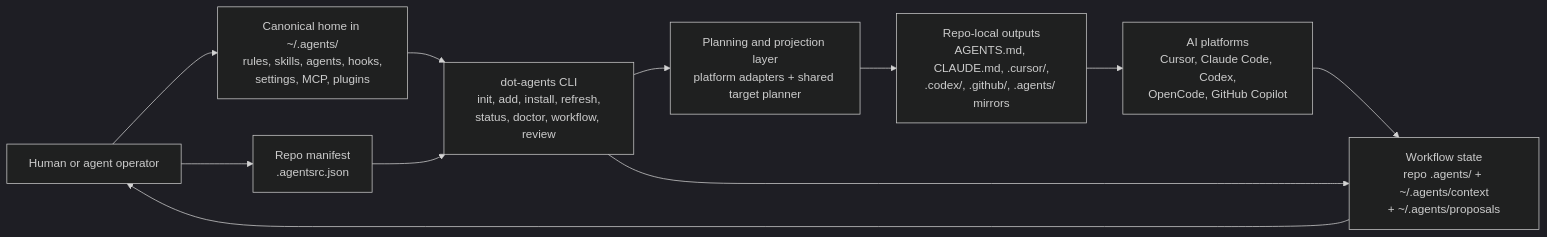
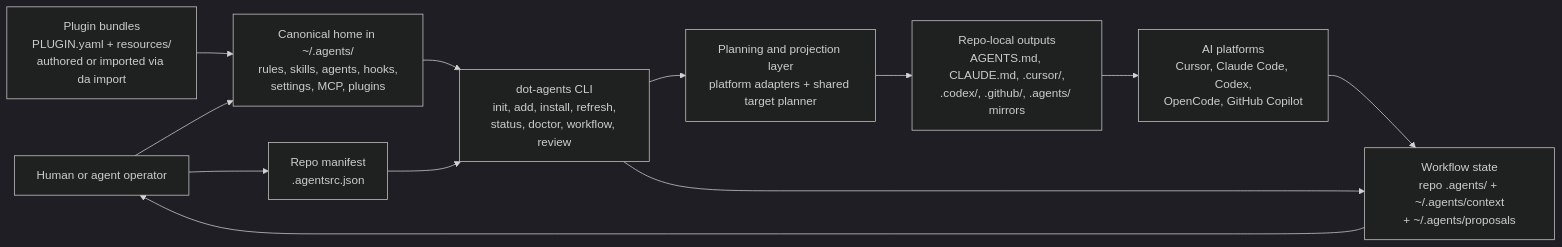
The first of 13 diagrams in docs/PROJECT_DIAGRAMS.md (AGOrcha/dot-agents), drawn with Mermaid (dark theme) before and after one commit. The commit also changed other lines of this file and 6 other files, not shown here.

````diff
--- a/docs/PROJECT_DIAGRAMS.md
+++ b/docs/PROJECT_DIAGRAMS.md
@@ -24,22 +24,24 @@
 ```mermaid
 flowchart LR
     H[Human or agent operator]
     A["Canonical home in ~/.agents/<br/>rules, skills, agents, hooks,<br/>settings, MCP, plugins"]
     M["Repo manifest<br/>.agentsrc.json"]
     C["dot-agents CLI<br/>init, add, install, refresh,<br/>status, doctor, workflow, review"]
     P["Planning and projection layer<br/>platform adapters + shared target planner"]
     R["Repo-local outputs<br/>AGENTS.md, CLAUDE.md, .cursor/,<br/>.codex/, .github/, .agents/ mirrors"]
     T["AI platforms<br/>Cursor, Claude Code, Codex,<br/>OpenCode, GitHub Copilot"]
     W["Workflow state<br/>repo .agents/ + ~/.agents/context<br/>+ ~/.agents/proposals"]
+    PL["Plugin bundles<br/>PLUGIN.yaml + resources/<br/>authored or imported via da import"]
 
     H --> A
     H --> M
+    PL --> A
     A --> C
     M --> C
     C --> P
     P --> R
     R --> T
     T --> W
     C --> W
     W --> H
 ```
````
